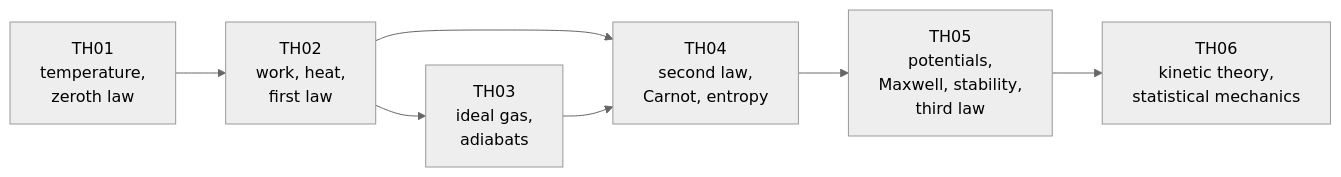
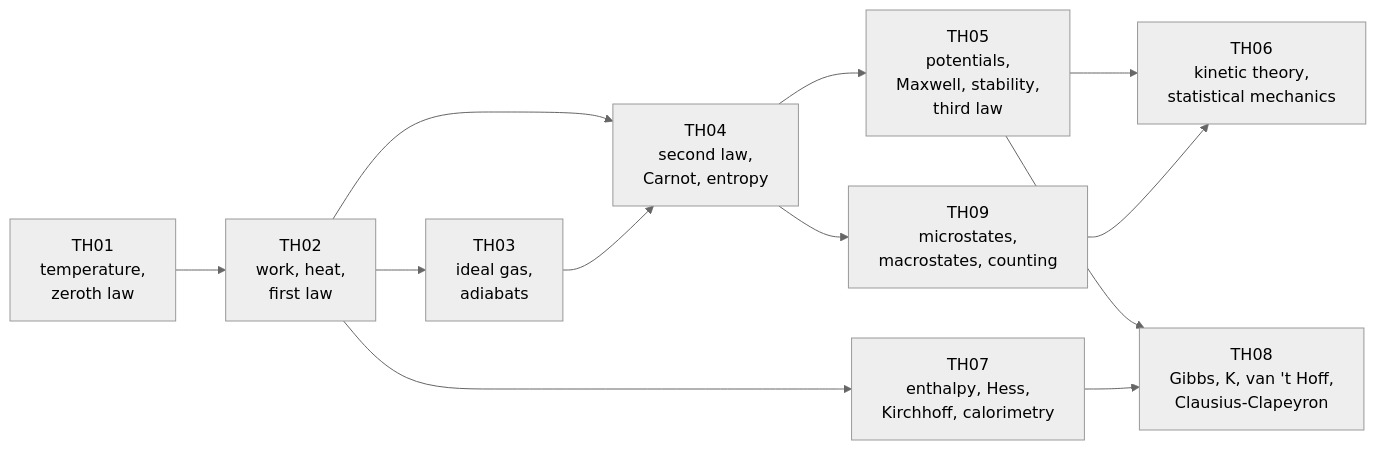
One commit to etswastik712/notes changed the first of 2 diagrams in 03-Thermodynamics-and-Statistical-Mechanics/Thermodynamics and Statistical Mechanics - Course Map.md. Above: the diagram before and after it, drawn with Mermaid (neutral theme). The commit also changed other lines of this file and 122 other files, not shown here.

````diff
--- a/03-Thermodynamics-and-Statistical-Mechanics/Thermodynamics and Statistical Mechanics - Course Map.md
+++ b/03-Thermodynamics-and-Statistical-Mechanics/Thermodynamics and Statistical Mechanics - Course Map.md
@@ -23,9 +23,14 @@
 ```mermaid
 flowchart LR
   A["TH01<br/>temperature,<br/>zeroth law"] --> B["TH02<br/>work, heat,<br/>first law"]
   B --> C["TH03<br/>ideal gas,<br/>adiabats"]
   B --> D["TH04<br/>second law,<br/>Carnot, entropy"]
   C --> D
   D --> E["TH05<br/>potentials,<br/>Maxwell, stability,<br/>third law"]
   E --> F["TH06<br/>kinetic theory,<br/>statistical mechanics"]
+  B --> G7["TH07<br/>enthalpy, Hess,<br/>Kirchhoff, calorimetry"]
+  E --> G8["TH08<br/>Gibbs, K, van 't Hoff,<br/>Clausius-Clapeyron"]
+  G7 --> G8
+  D --> F9["TH09<br/>microstates,<br/>macrostates, counting"]
+  F9 --> F
 ```
````
